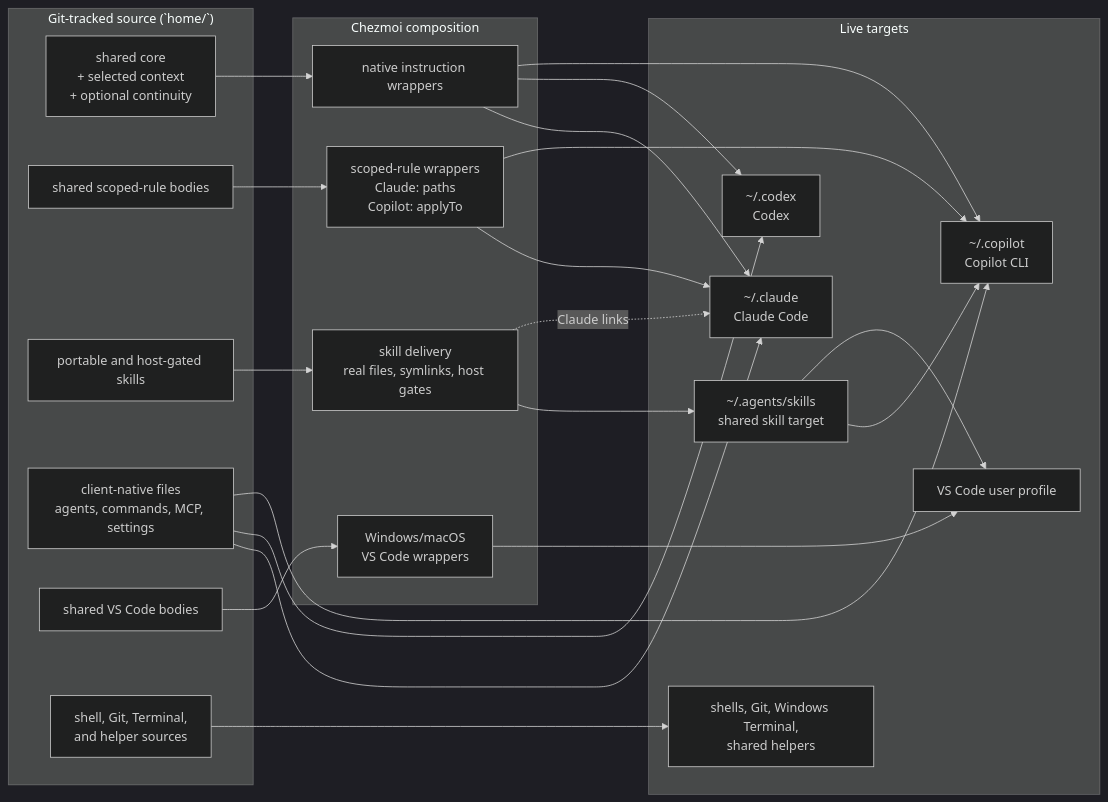
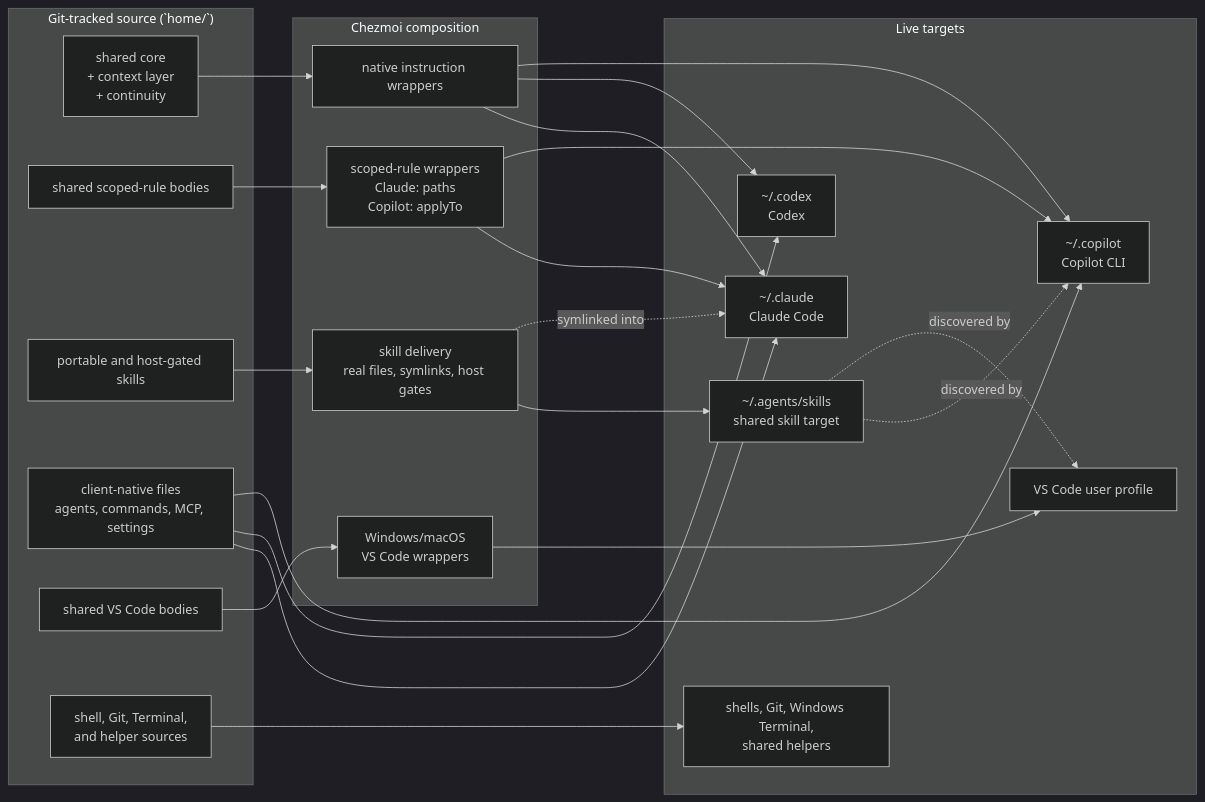
Before and after one commit to sherrilla71940/dotfiles: the first of 2 diagrams in README.md, drawn with Mermaid (dark theme). The commit also changed other lines of this file and 2 other files, not shown here.

````diff
--- a/README.md
+++ b/README.md
@@ -92,50 +125,50 @@
 ```mermaid
 flowchart LR
     subgraph source["Git-tracked source (`home/`)"]
-        core["shared core<br/>+ selected context<br/>+ optional continuity"]
+        core["shared core<br/>+ context layer<br/>+ continuity"]
         rules["shared scoped-rule bodies"]
         skills["portable and host-gated skills"]
         native["client-native files<br/>agents, commands, MCP, settings"]
         vscodeBody["shared VS Code bodies"]
         platform["shell, Git, Terminal,<br/>and helper sources"]
     end
 
     subgraph render["Chezmoi composition"]
         instructionAdapters["native instruction wrappers"]
         ruleAdapters["scoped-rule wrappers<br/>Claude: paths<br/>Copilot: applyTo"]
         skillDelivery["skill delivery<br/>real files, symlinks, host gates"]
         osAdapters["Windows/macOS<br/>VS Code wrappers"]
     end
 
     subgraph targets["Live targets"]
         claude["~/.claude<br/>Claude Code"]
         codex["~/.codex<br/>Codex"]
         copilot["~/.copilot<br/>Copilot CLI"]
         agents["~/.agents/skills<br/>shared skill target"]
         vscode["VS Code user profile"]
         other["shells, Git, Windows Terminal,<br/>shared helpers"]
     end
 
     core --> instructionAdapters
     instructionAdapters --> claude
     instructionAdapters --> codex
     instructionAdapters --> copilot
 
     rules --> ruleAdapters
     ruleAdapters --> claude
     ruleAdapters --> copilot
 
     skills --> skillDelivery
     skillDelivery --> agents
-    skillDelivery -.->|"Claude links"| claude
+    skillDelivery -.->|"symlinked into"| claude
 
     native --> claude
     native --> codex
     native --> copilot
 
     vscodeBody --> osAdapters --> vscode
     platform --> other
 
-    agents --> copilot
-    agents --> vscode
+    agents -.->|"discovered by"| copilot
+    agents -.->|"discovered by"| vscode
 ```
````
